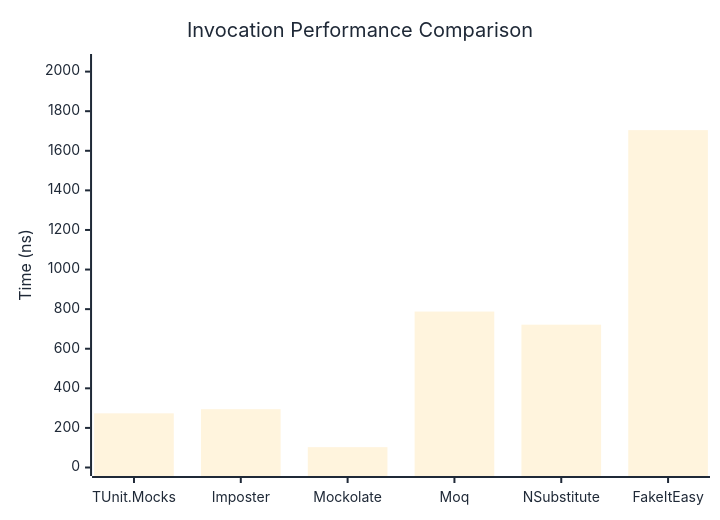
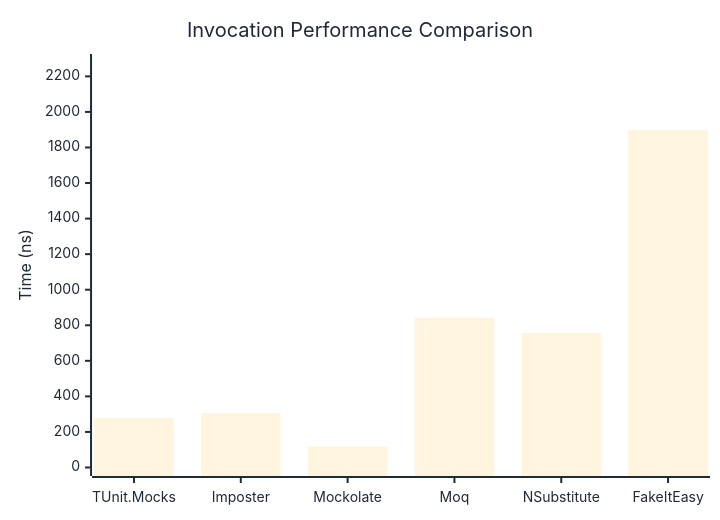
The first of 3 diagrams in docs/docs/benchmarks/mocks/Invocation.md (thomhurst/TUnit), drawn with Mermaid before and after one commit. The commit also changed other lines of this file and 14 other files, not shown here.

````diff
--- a/docs/docs/benchmarks/mocks/Invocation.md
+++ b/docs/docs/benchmarks/mocks/Invocation.md
@@ -30,27 +30,27 @@
 ```mermaid
 %%{init: {
   'theme':'base',
   'themeVariables': {
     'primaryColor': '#2563eb',
     'primaryTextColor': '#1f2937',
     'primaryBorderColor': '#1e40af',
     'lineColor': '#6b7280',
     'secondaryColor': '#7c3aed',
     'tertiaryColor': '#dc2626',
     'background': '#ffffff',
     'pie1': '#2563eb',
     'pie2': '#7c3aed',
     'pie3': '#dc2626',
     'pie4': '#f59e0b',
     'pie5': '#10b981',
     'pie6': '#06b6d4',
     'pie7': '#ec4899',
     'pie8': '#6366f1'
   }
 }}%%
 xychart-beta
   title "Invocation Performance Comparison"
   x-axis ["TUnit.Mocks", "Imposter", "Mockolate", "Moq", "NSubstitute", "FakeItEasy"]
-  y-axis "Time (ns)" 0 --> 2046
-  bar [273.66, 294.56, 102.81, 787.82, 721.47, 1704.29]
+  y-axis "Time (ns)" 0 --> 2278
+  bar [278.6, 305.5, 117.6, 843.3, 756.7, 1898]
 ```
````
